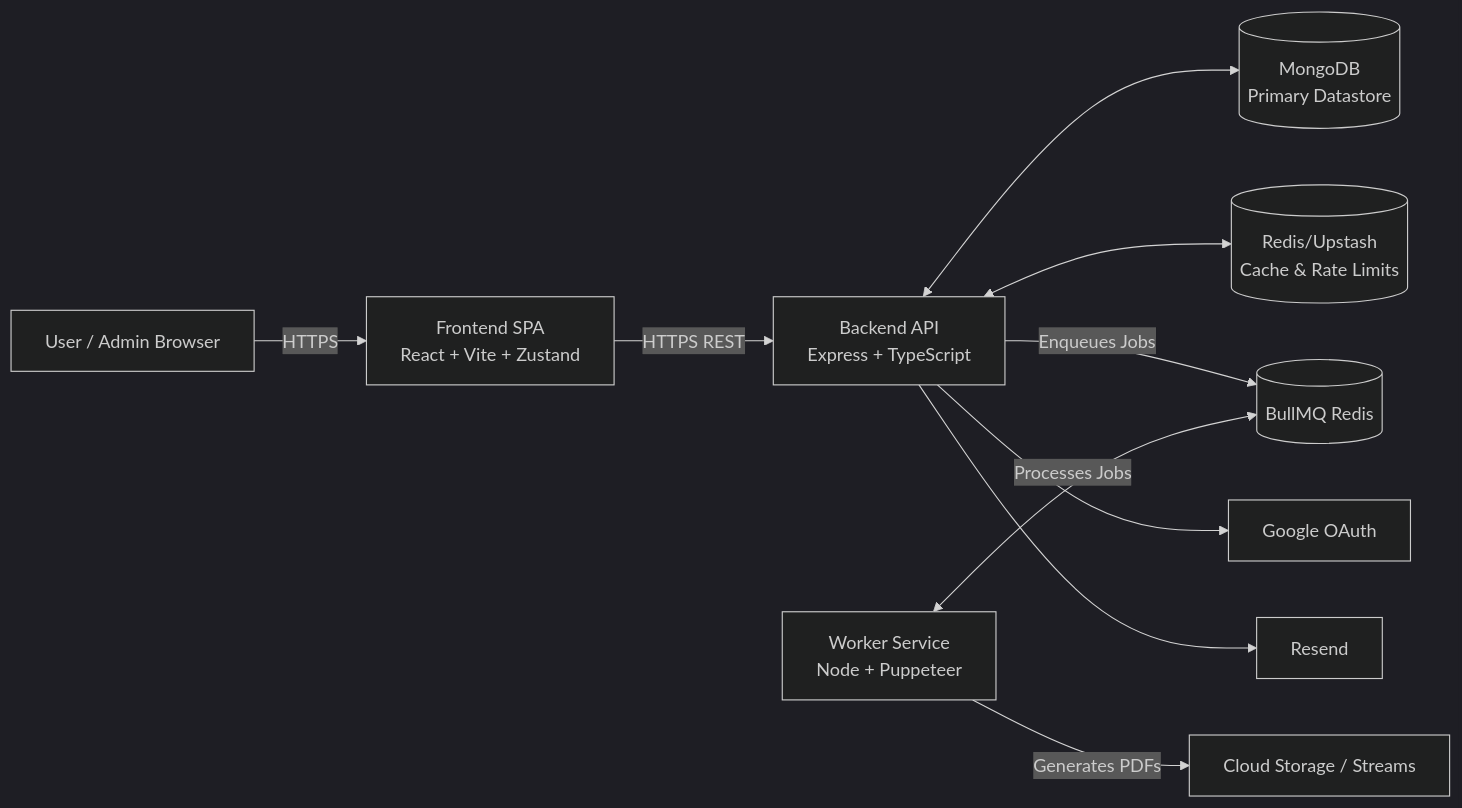
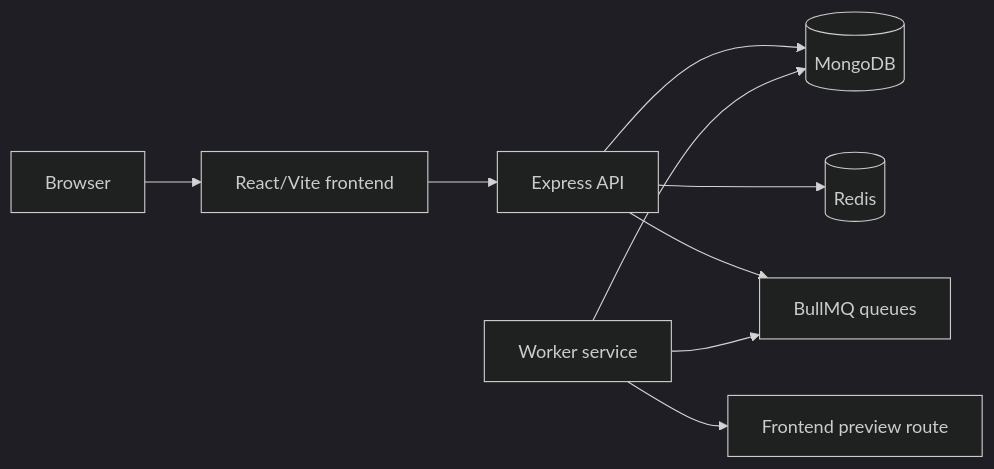
One commit to Rahul-Karki/Resume-Builder-Project changed the diagram in README.md. Above: the diagram before and after it, drawn with Mermaid (dark theme). The commit also changed other lines of this file and 41 other files, not shown here.

````diff
--- a/README.md
+++ b/README.md
@@ -21,15 +14,11 @@
 ```mermaid
 flowchart LR
-    Client[User / Admin Browser] -->|HTTPS| Frontend[Frontend SPA\nReact + Vite + Zustand]
-    Frontend -->|HTTPS REST| API[Backend API\nExpress + TypeScript]
-    
-    API <--> DB[(MongoDB\nPrimary Datastore)]
-    API <--> Cache[(Redis/Upstash\nCache & Rate Limits)]
-    API -->|Enqueues Jobs| RedisQueue[(BullMQ Redis)]
-    
-    Worker[Worker Service\nNode + Puppeteer] <-->|Processes Jobs| RedisQueue
-    Worker -->|Generates PDFs| Storage[Cloud Storage / Streams]
-    
-    API --> OAuth[Google OAuth]
-    API --> Email[Resend]
+  Browser[Browser] --> Frontend[React/Vite frontend]
+  Frontend --> API[Express API]
+  API --> Mongo[(MongoDB)]
+  API --> Redis[(Redis)]
+  API --> Queue[BullMQ queues]
+  Worker[Worker service] --> Queue
+  Worker --> Mongo
+  Worker --> FrontendPreview[Frontend preview route]
 ```
````
